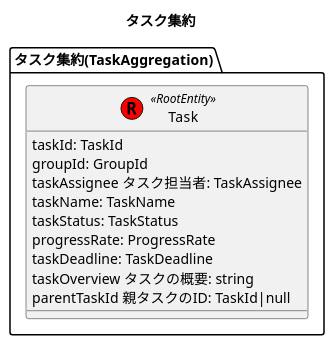
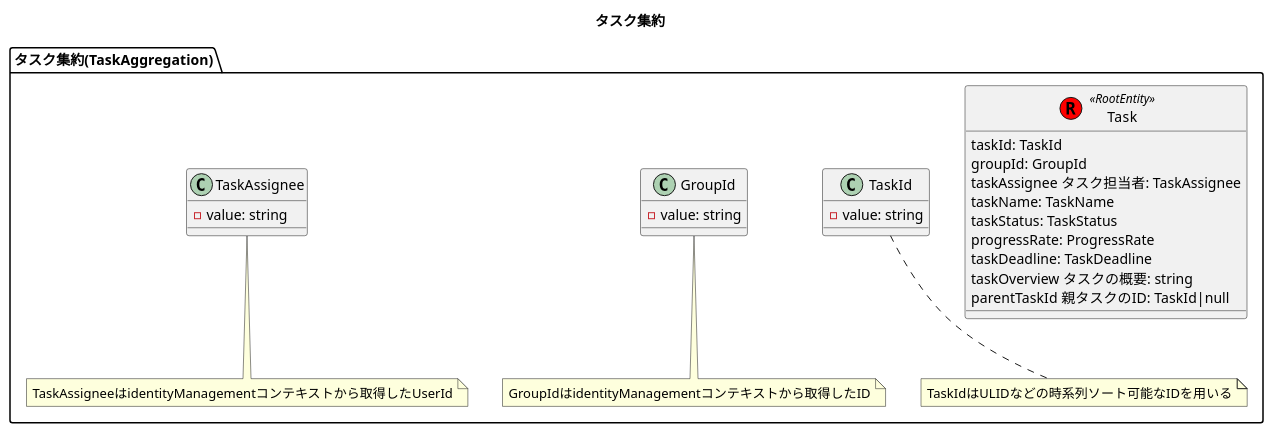
One commit to h-maki2/taskManagement changed the diagram in modelingDiagram/domainModelDiagram/タスク.pu. Above: the diagram before and after it, drawn with PlantUML.

Commit message:
修正

```diff
--- a/modelingDiagram/domainModelDiagram/タスク.pu
+++ b/modelingDiagram/domainModelDiagram/タスク.pu
@@ -1,19 +1,45 @@
 @startuml タスク集約
 
 title タスク集約
 
 package "タスク集約(TaskAggregation)" {
     class Task << (R,red) RootEntity >> {
         taskId: TaskId
         groupId: GroupId
         taskAssignee タスク担当者: TaskAssignee
         taskName: TaskName
         taskStatus: TaskStatus
         progressRate: ProgressRate
         taskDeadline: TaskDeadline
         taskOverview タスクの概要: string
         parentTaskId 親タスクのID: TaskId|null
     }
+
+    class TaskId {
+        - value: string
+    }
+
+    class GroupId {
+        - value: string
+    }
+
+    class TaskAssignee {
+        - value: string
+    }
+
+    
+
+    note bottom of TaskId
+        TaskIdはULIDなどの時系列ソート可能なIDを用いる
+    end note
+
+    note bottom of GroupId
+        GroupIdはidentityManagementコンテキストから取得したID
+    end note
+
+    note bottom of TaskAssignee
+        TaskAssigneeはidentityManagementコンテキストから取得したUserId
+    end note
 }
 
 @enduml
```
